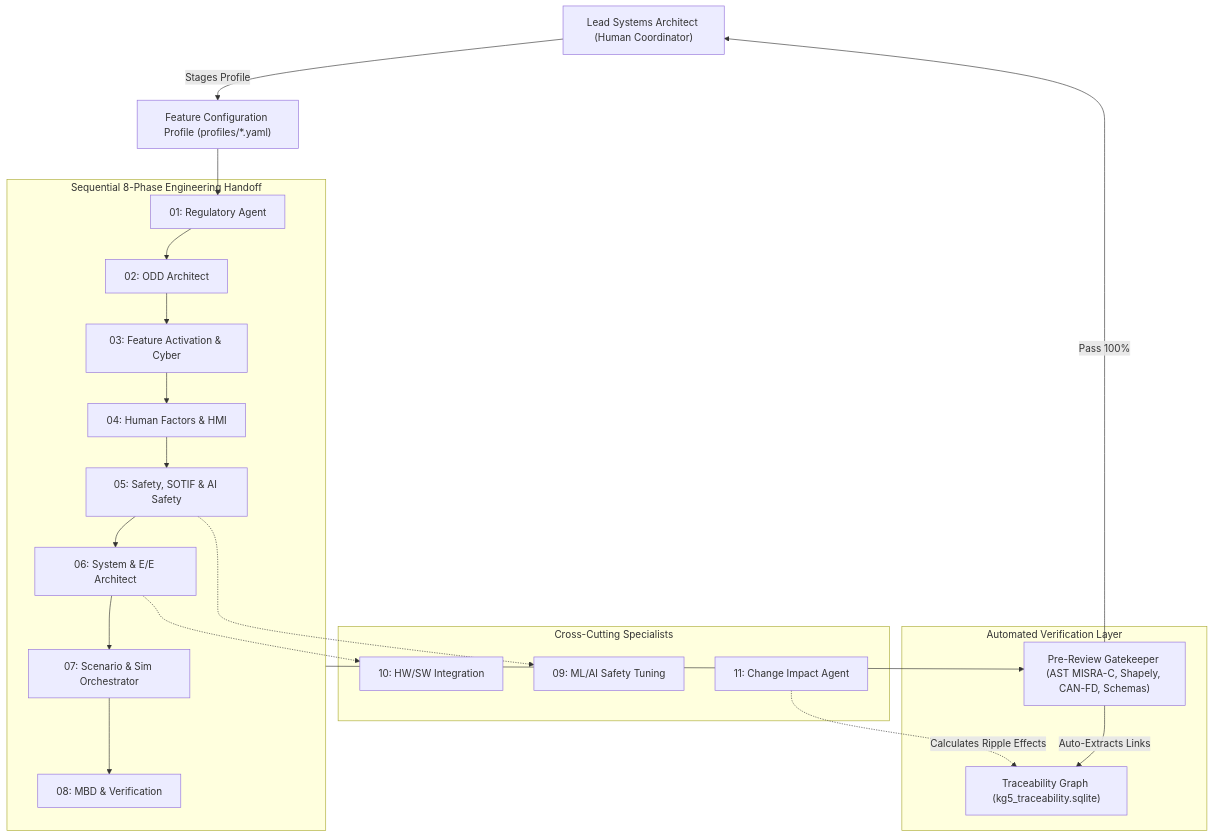
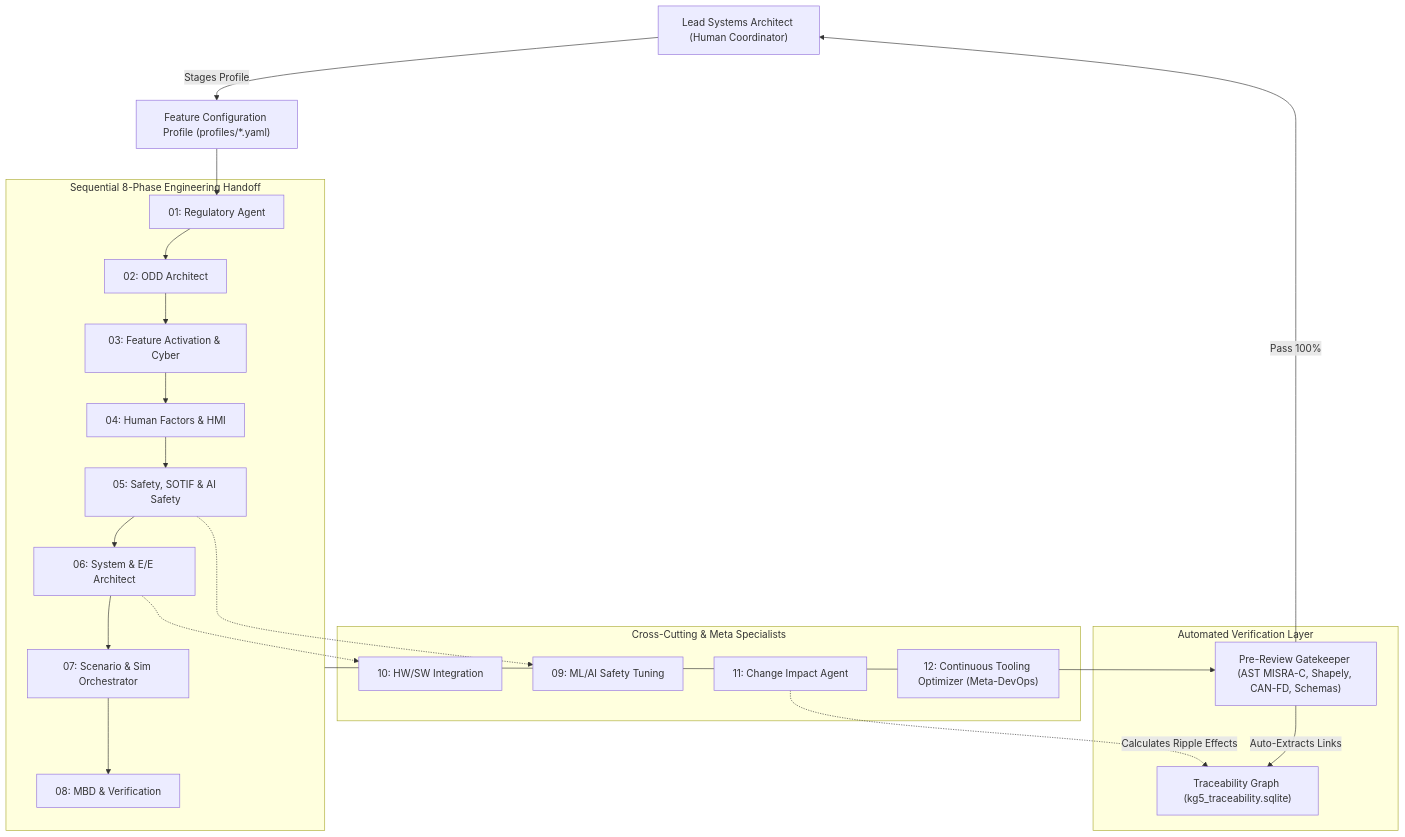
One commit to jdai-explore/featdev_AD changed the diagram in GUIDELINES_TO_USE.md. Above: the diagram before and after it, drawn with Mermaid. The commit also changed other lines of this file and 68 other files, not shown here.

Commit message:
feat(architecture): Implement workspace partitioning, LangGraph state checkpoints, and Agent 12 meta-learning

````diff
--- a/GUIDELINES_TO_USE.md
+++ b/GUIDELINES_TO_USE.md
@@ -11,37 +11,38 @@
 ```mermaid
 flowchart TD
     Human["Lead Systems Architect (Human Coordinator)"]
     Profile["Feature Configuration Profile (profiles/*.yaml)"]
 
     subgraph VModelPipeline ["Sequential 8-Phase Engineering Handoff"]
         A01["01: Regulatory Agent"]
         A02["02: ODD Architect"]
         A03["03: Feature Activation & Cyber"]
         A04["04: Human Factors & HMI"]
         A05["05: Safety, SOTIF & AI Safety"]
         A06["06: System & E/E Architect"]
         A07["07: Scenario & Sim Orchestrator"]
         A08["08: MBD & Verification"]
     end
 
-    subgraph CrossCutting ["Cross-Cutting Specialists"]
+    subgraph CrossCutting ["Cross-Cutting & Meta Specialists"]
         A09["09: ML/AI Safety Tuning"]
         A10["10: HW/SW Integration"]
         A11["11: Change Impact Agent"]
+        A12["12: Continuous Tooling Optimizer (Meta-DevOps)"]
     end
 
     subgraph GatekeeperCore ["Automated Verification Layer"]
         GK["Pre-Review Gatekeeper (AST MISRA-C, Shapely, CAN-FD, Schemas)"]
         Trace["Traceability Graph (kg5_traceability.sqlite)"]
     end
 
     Human -->|Stages Profile| Profile
     Profile --> A01
     A01 --> A02 --> A03 --> A04 --> A05 --> A06 --> A07 --> A08
     A05 -.-> A09
     A06 -.-> A10
     VModelPipeline --> GK
     GK -->|Pass 100%| Human
     GK -->|Auto-Extracts Links| Trace
     A11 -.->|Calculates Ripple Effects| Trace
 ```
````
